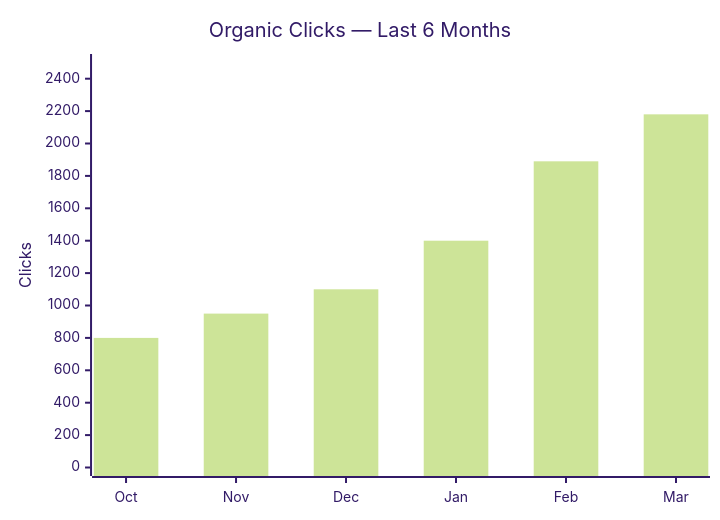
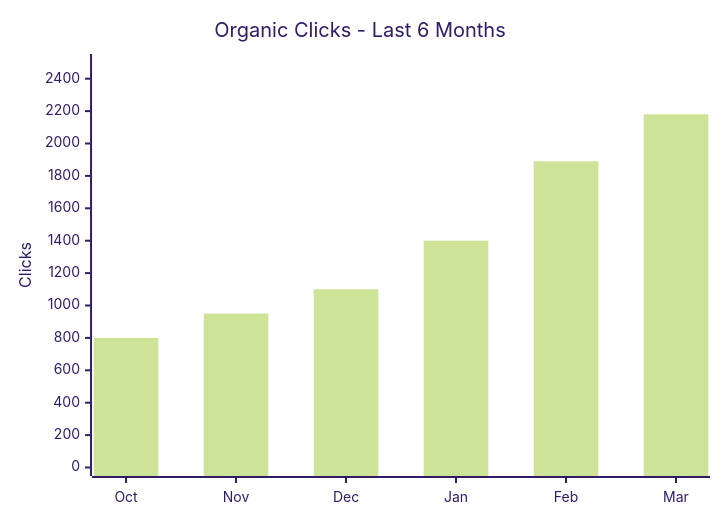
One commit to clarkemoyer/technologyadoptionbarriers.org changed the first of 3 diagrams in docs/seo/seo-dashboard-2026-03.md. Above: the diagram before and after it, drawn with Mermaid (forest theme). The commit also changed other lines of this file and 25 other files, not shown here.

````diff
--- a/docs/seo/seo-dashboard-2026-03.md
+++ b/docs/seo/seo-dashboard-2026-03.md
@@ -141,7 +141,7 @@
 ```mermaid
 xychart-beta
-  title "Organic Clicks — Last 6 Months"
+  title "Organic Clicks  -  Last 6 Months"
   x-axis ["Oct", "Nov", "Dec", "Jan", "Feb", "Mar"]
   y-axis "Clicks" 0 --> 2500
   bar [800, 950, 1100, 1400, 1890, 2180]
 ```
````
